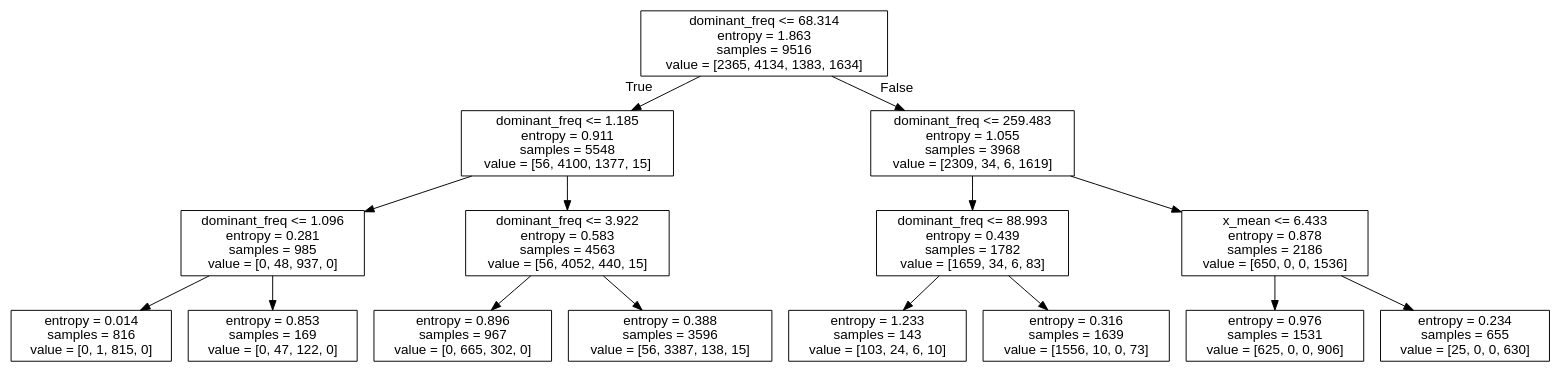
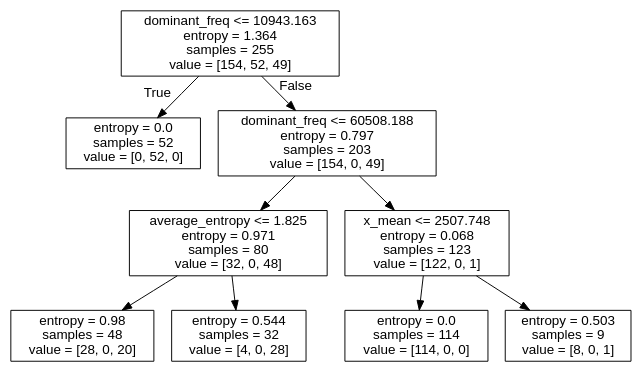
Before and after one commit to GregoryGarber/SnoreMate: the diagram in classifier/tree.dot, drawn with Graphviz. The commit also changed 7 other files, not shown here.

```diff
--- a/classifier/tree.dot
+++ b/classifier/tree.dot
@@ -1,33 +1,21 @@
 digraph Tree {
 node [shape=box, fontname="helvetica"] ;
 edge [fontname="helvetica"] ;
-0 [label="dominant_freq <= 68.314\nentropy = 1.863\nsamples = 9516\nvalue = [2365, 4134, 1383, 1634]"] ;
-1 [label="dominant_freq <= 1.185\nentropy = 0.911\nsamples = 5548\nvalue = [56, 4100, 1377, 15]"] ;
+0 [label="dominant_freq <= 10943.163\nentropy = 1.364\nsamples = 255\nvalue = [154, 52, 49]"] ;
+1 [label="entropy = 0.0\nsamples = 52\nvalue = [0, 52, 0]"] ;
 0 -> 1 [labeldistance=2.5, labelangle=45, headlabel="True"] ;
-2 [label="dominant_freq <= 1.096\nentropy = 0.281\nsamples = 985\nvalue = [0, 48, 937, 0]"] ;
-1 -> 2 ;
-3 [label="entropy = 0.014\nsamples = 816\nvalue = [0, 1, 815, 0]"] ;
+2 [label="dominant_freq <= 60508.188\nentropy = 0.797\nsamples = 203\nvalue = [154, 0, 49]"] ;
+0 -> 2 [labeldistance=2.5, labelangle=-45, headlabel="False"] ;
+3 [label="average_entropy <= 1.825\nentropy = 0.971\nsamples = 80\nvalue = [32, 0, 48]"] ;
 2 -> 3 ;
-4 [label="entropy = 0.853\nsamples = 169\nvalue = [0, 47, 122, 0]"] ;
-2 -> 4 ;
-5 [label="dominant_freq <= 3.922\nentropy = 0.583\nsamples = 4563\nvalue = [56, 4052, 440, 15]"] ;
-1 -> 5 ;
-6 [label="entropy = 0.896\nsamples = 967\nvalue = [0, 665, 302, 0]"] ;
-5 -> 6 ;
-7 [label="entropy = 0.388\nsamples = 3596\nvalue = [56, 3387, 138, 15]"] ;
-5 -> 7 ;
-8 [label="dominant_freq <= 259.483\nentropy = 1.055\nsamples = 3968\nvalue = [2309, 34, 6, 1619]"] ;
-0 -> 8 [labeldistance=2.5, labelangle=-45, headlabel="False"] ;
-9 [label="dominant_freq <= 88.993\nentropy = 0.439\nsamples = 1782\nvalue = [1659, 34, 6, 83]"] ;
-8 -> 9 ;
-10 [label="entropy = 1.233\nsamples = 143\nvalue = [103, 24, 6, 10]"] ;
-9 -> 10 ;
-11 [label="entropy = 0.316\nsamples = 1639\nvalue = [1556, 10, 0, 73]"] ;
-9 -> 11 ;
-12 [label="x_mean <= 6.433\nentropy = 0.878\nsamples = 2186\nvalue = [650, 0, 0, 1536]"] ;
-8 -> 12 ;
-13 [label="entropy = 0.976\nsamples = 1531\nvalue = [625, 0, 0, 906]"] ;
-12 -> 13 ;
-14 [label="entropy = 0.234\nsamples = 655\nvalue = [25, 0, 0, 630]"] ;
-12 -> 14 ;
+4 [label="entropy = 0.98\nsamples = 48\nvalue = [28, 0, 20]"] ;
+3 -> 4 ;
+5 [label="entropy = 0.544\nsamples = 32\nvalue = [4, 0, 28]"] ;
+3 -> 5 ;
+6 [label="x_mean <= 2507.748\nentropy = 0.068\nsamples = 123\nvalue = [122, 0, 1]"] ;
+2 -> 6 ;
+7 [label="entropy = 0.0\nsamples = 114\nvalue = [114, 0, 0]"] ;
+6 -> 7 ;
+8 [label="entropy = 0.503\nsamples = 9\nvalue = [8, 0, 1]"] ;
+6 -> 8 ;
 }
```
